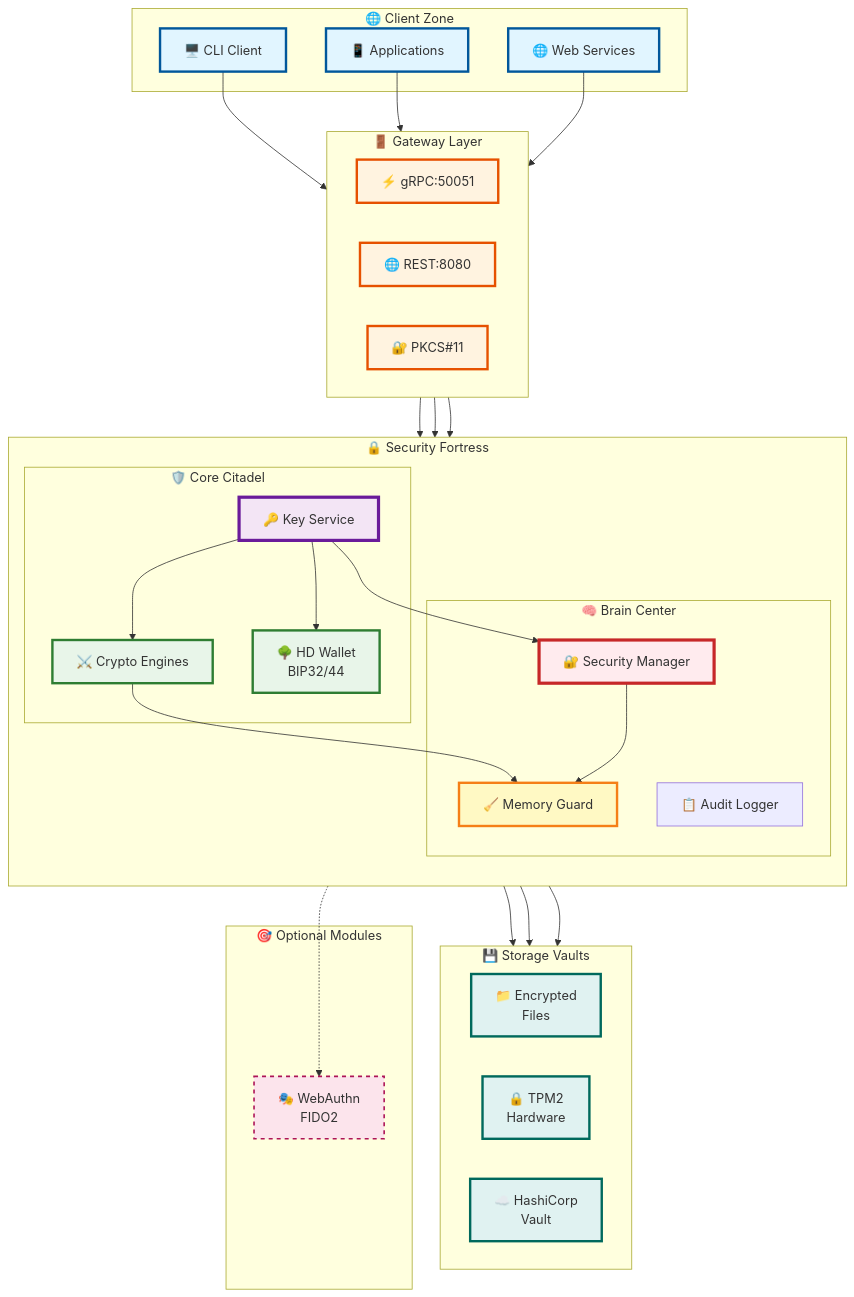
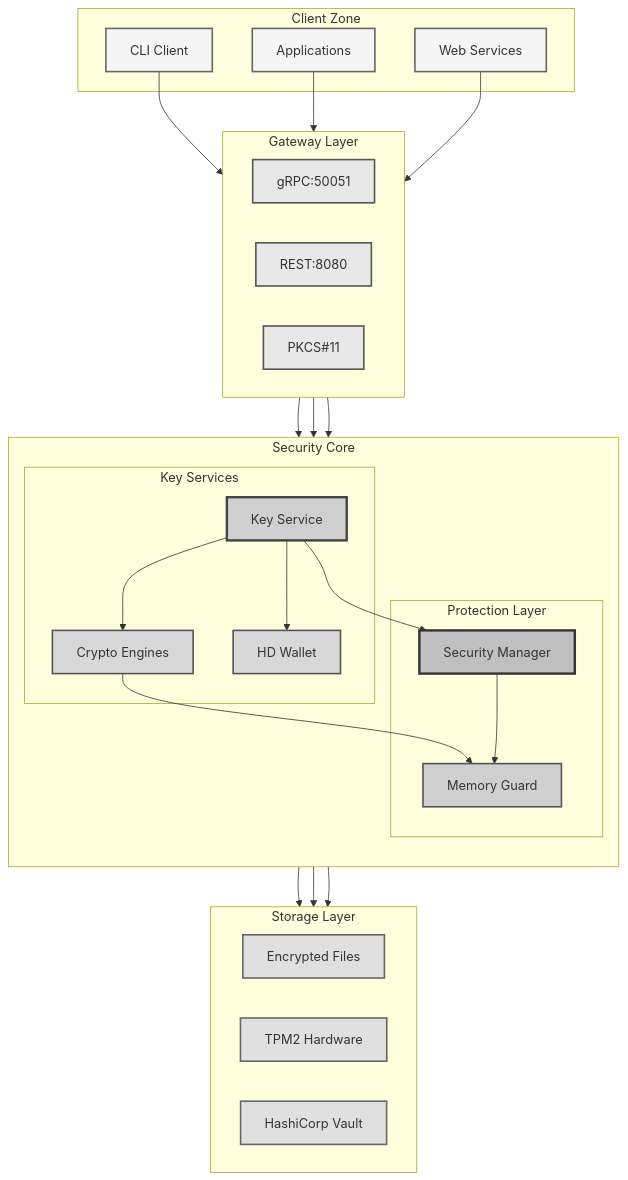
Before and after one commit to ehanoc/softKMS: the diagram in README.md, drawn with Mermaid. The commit also changed other lines of this file, not shown here.

Commit message:
docs: Simplify architecture diagram with muted grayscale colors
Remove emoji icons and bright colors from architecture diagram:
- Muted grayscale color palette (#f5f5f5 to #c0c0c0)
- Simpler, cleaner labels without emojis
- Calmer professional appearance
- Better contrast and readability
- Still maintains clear visual hierarchy with darker shades for critical components

````diff
--- a/README.md
+++ b/README.md
@@ -38,79 +38,71 @@
 ```mermaid
 flowchart TB
-    subgraph "🌐 Client Zone"
-        CLI["🖥️ CLI Client"]
-        APP["📱 Applications"]
-        WEB["🌐 Web Services"]
+    subgraph "Client Zone"
+        CLI["CLI Client"]
+        APP["Applications"]
+        WEB["Web Services"]
     end
 
-    subgraph "🚪 Gateway Layer"
+    subgraph "Gateway Layer"
         direction LR
-        GRPC["⚡ gRPC:50051"]
-        REST["🌐 REST:8080"]
-        PKCS["🔐 PKCS#11"]
+        GRPC["gRPC:50051"]
+        REST["REST:8080"]
+        PKCS["PKCS#11"]
     end
 
-    subgraph "🔒 Security Fortress"
+    subgraph "Security Core"
         direction TB
         
-        subgraph "🛡️ Core Citadel"
-            KEY["🔑 Key Service"]
-            CRYPTO["⚔️ Crypto Engines"]
-            HD["🌳 HD Wallet\nBIP32/44"]
+        subgraph "Key Services"
+            KEY["Key Service"]
+            CRYPTO["Crypto Engines"]
+            HD["HD Wallet"]
         end
         
-        subgraph "🧠 Brain Center"
-            SEC["🔐 Security Manager"]
-            MEM["🧹 Memory Guard"]
-            AUDIT["📋 Audit Logger"]
+        subgraph "Protection Layer"
+            SEC["Security Manager"]
+            MEM["Memory Guard"]
         end
     end
 
-    subgraph "💾 Storage Vaults"
+    subgraph "Storage Layer"
         direction LR
-        FILE["📁 Encrypted\nFiles"]
-        TPM["🔒 TPM2\nHardware"]
-        VAULT["☁️ HashiCorp\nVault"]
-    end
-
-    subgraph "🎯 Optional Modules"
-        WEBAUTHN["🎭 WebAuthn\nFIDO2"]
+        FILE["Encrypted Files"]
+        TPM["TPM2 Hardware"]
+        VAULT["HashiCorp Vault"]
     end
 
     CLI --> GRPC
     APP --> REST
     WEB --> PKCS
     
     GRPC --> KEY
     REST --> KEY
     PKCS --> KEY
     
     KEY --> CRYPTO
     KEY --> HD
     KEY --> SEC
     
     CRYPTO --> MEM
     SEC --> MEM
     
     KEY --> FILE
     KEY --> TPM
     KEY --> VAULT
     
-    CRYPTO -.-> WEBAUTHN
-    
-    style CLI fill:#e1f5ff,stroke:#01579b,stroke-width:3px
-    style APP fill:#e1f5ff,stroke:#01579b,stroke-width:3px
-    style WEB fill:#e1f5ff,stroke:#01579b,stroke-width:3px
-    style GRPC fill:#fff3e0,stroke:#e65100,stroke-width:3px
-    style REST fill:#fff3e0,stroke:#e65100,stroke-width:3px
-    style PKCS fill:#fff3e0,stroke:#e65100,stroke-width:3px
-    style KEY fill:#f3e5f5,stroke:#6a1b9a,stroke-width:4px
-    style CRYPTO fill:#e8f5e9,stroke:#2e7d32,stroke-width:3px
-    style HD fill:#e8f5e9,stroke:#2e7d32,stroke-width:3px
-    style SEC fill:#ffebee,stroke:#c62828,stroke-width:4px
-    style MEM fill:#fff9c4,stroke:#f57f17,stroke-width:3px
-    style FILE fill:#e0f2f1,stroke:#00695c,stroke-width:3px
-    style TPM fill:#e0f2f1,stroke:#00695c,stroke-width:3px
-    style VAULT fill:#e0f2f1,stroke:#00695c,stroke-width:3px
-    style WEBAUTHN fill:#fce4ec,stroke:#ad1457,stroke-width:2px,stroke-dasharray: 5 5
+    style CLI fill:#f5f5f5,stroke:#666,stroke-width:2px
+    style APP fill:#f5f5f5,stroke:#666,stroke-width:2px
+    style WEB fill:#f5f5f5,stroke:#666,stroke-width:2px
+    style GRPC fill:#e8e8e8,stroke:#555,stroke-width:2px
+    style REST fill:#e8e8e8,stroke:#555,stroke-width:2px
+    style PKCS fill:#e8e8e8,stroke:#555,stroke-width:2px
+    style KEY fill:#d0d0d0,stroke:#444,stroke-width:3px
+    style CRYPTO fill:#d8d8d8,stroke:#555,stroke-width:2px
+    style HD fill:#d8d8d8,stroke:#555,stroke-width:2px
+    style SEC fill:#c0c0c0,stroke:#333,stroke-width:3px
+    style MEM fill:#d0d0d0,stroke:#555,stroke-width:2px
+    style FILE fill:#e0e0e0,stroke:#666,stroke-width:2px
+    style TPM fill:#e0e0e0,stroke:#666,stroke-width:2px
+    style VAULT fill:#e0e0e0,stroke:#666,stroke-width:2px
 ```
````
